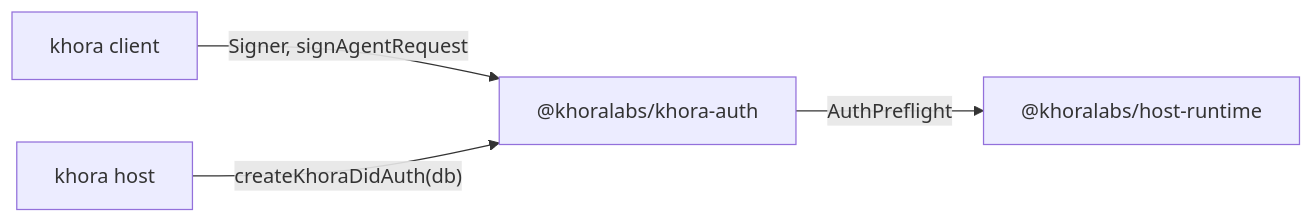
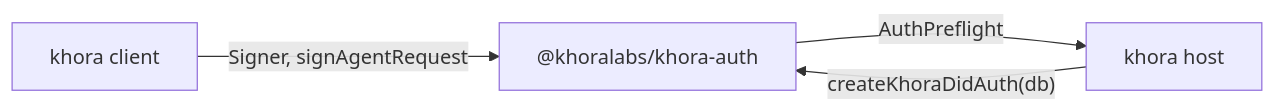
The diagram in packages/khora/auth/README.md (khoralabs/khora), drawn with Mermaid before and after one commit. The commit also changed 62 other files, not shown here.

Commit message:
merge khora host runtime package with khora host package to simplify dependency graphs

````diff
--- a/packages/khora/auth/README.md
+++ b/packages/khora/auth/README.md
@@ -15,6 +15,6 @@
 ```mermaid
 graph LR
   client["khora client"] -->|"Signer, signAgentRequest"| auth["@khoralabs/khora-auth"]
   host["khora host"] -->|"createKhoraDidAuth(db)"| auth
-  auth -->|"AuthPreflight"| relay["@khoralabs/host-runtime"]
+  auth -->|"AuthPreflight"| host
 ```
````
